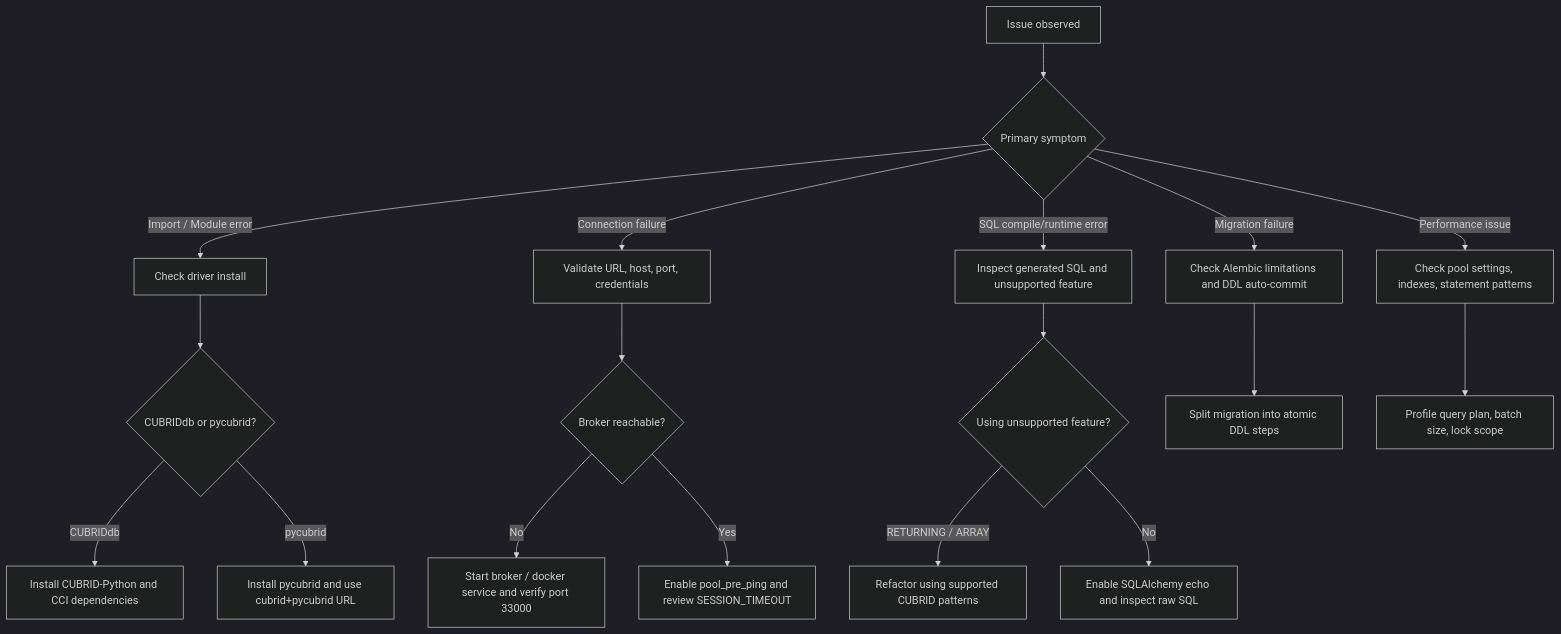
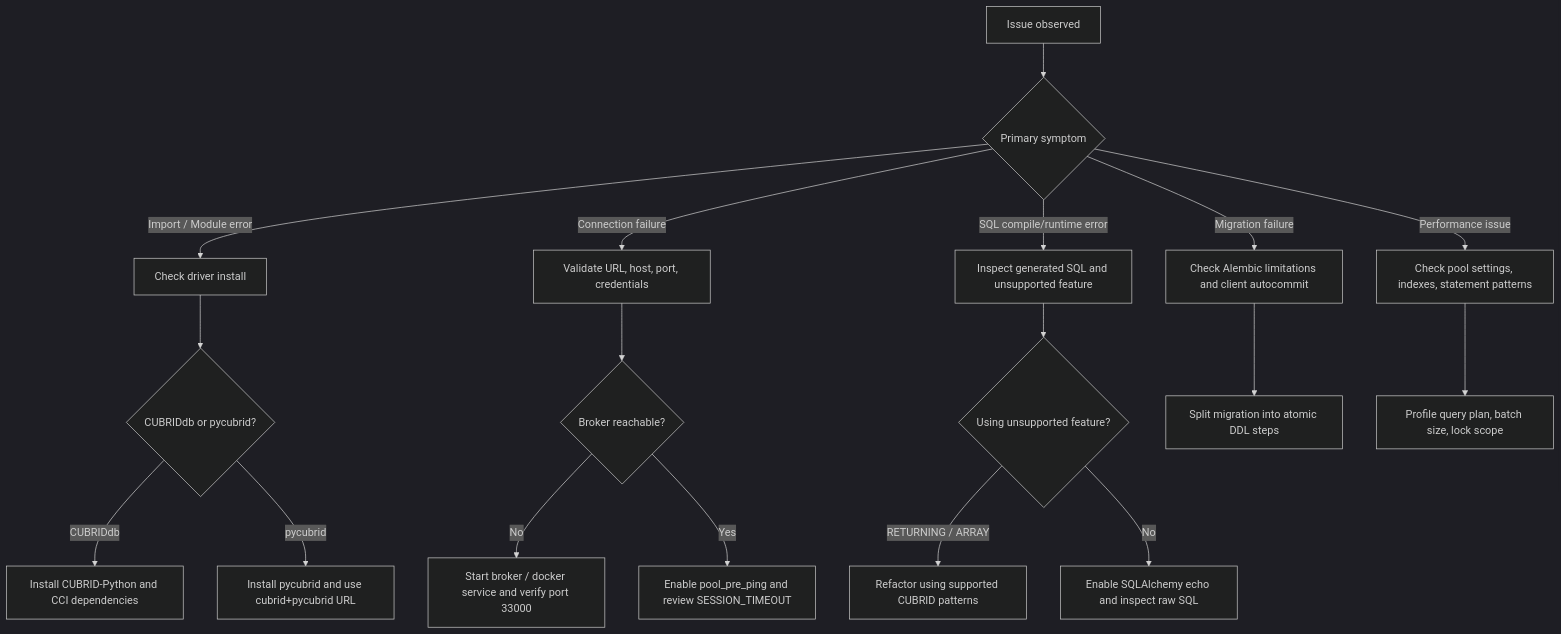
One commit to HarshRajSinghania/sqlalchemy-cubrid changed the diagram in docs/TROUBLESHOOTING.md. Above: the diagram before and after it, drawn with Mermaid (dark theme). The commit also changed other lines of this file and 29 other files, not shown here.

First line of the commit message:
fix(alembic): treat CUBRID DDL as transactional (transactional_ddl = True) (#525)

````diff
--- a/docs/TROUBLESHOOTING.md
+++ b/docs/TROUBLESHOOTING.md
@@ -1229,24 +1238,24 @@
 ```mermaid
 flowchart TD
     start[Issue observed] --> kind{Primary symptom}
     kind -->|Import / Module error| install[Check driver install]
     kind -->|Connection failure| conn[Validate URL, host, port, credentials]
     kind -->|SQL compile/runtime error| sql[Inspect generated SQL and unsupported feature]
-    kind -->|Migration failure| mig[Check Alembic limitations and DDL auto-commit]
+    kind -->|Migration failure| mig[Check Alembic limitations and client autocommit]
     kind -->|Performance issue| perf[Check pool settings, indexes, statement patterns]
 
     install --> i1{CUBRIDdb or pycubrid?}
     i1 -->|CUBRIDdb| i2[Install CUBRID-Python and CCI dependencies]
     i1 -->|pycubrid| i3[Install pycubrid and use cubrid+pycubrid URL]
 
     conn --> c1{Broker reachable?}
     c1 -->|No| c2[Start broker / docker service and verify port 33000]
     c1 -->|Yes| c3[Enable pool_pre_ping and review SESSION_TIMEOUT]
 
     sql --> s1{Using unsupported feature?}
     s1 -->|RETURNING / ARRAY| s2[Refactor using supported CUBRID patterns]
     s1 -->|No| s3[Enable SQLAlchemy echo and inspect raw SQL]
 
     mig --> m1[Split migration into atomic DDL steps]
     perf --> p1[Profile query plan, batch size, lock scope]
 ```
````
